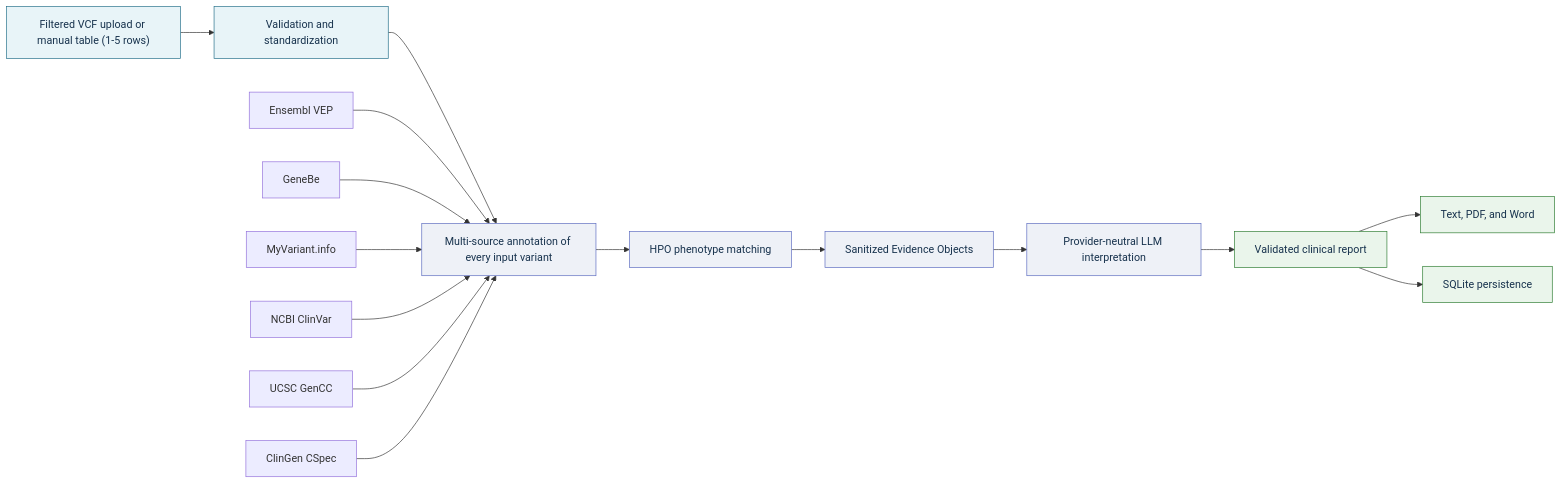
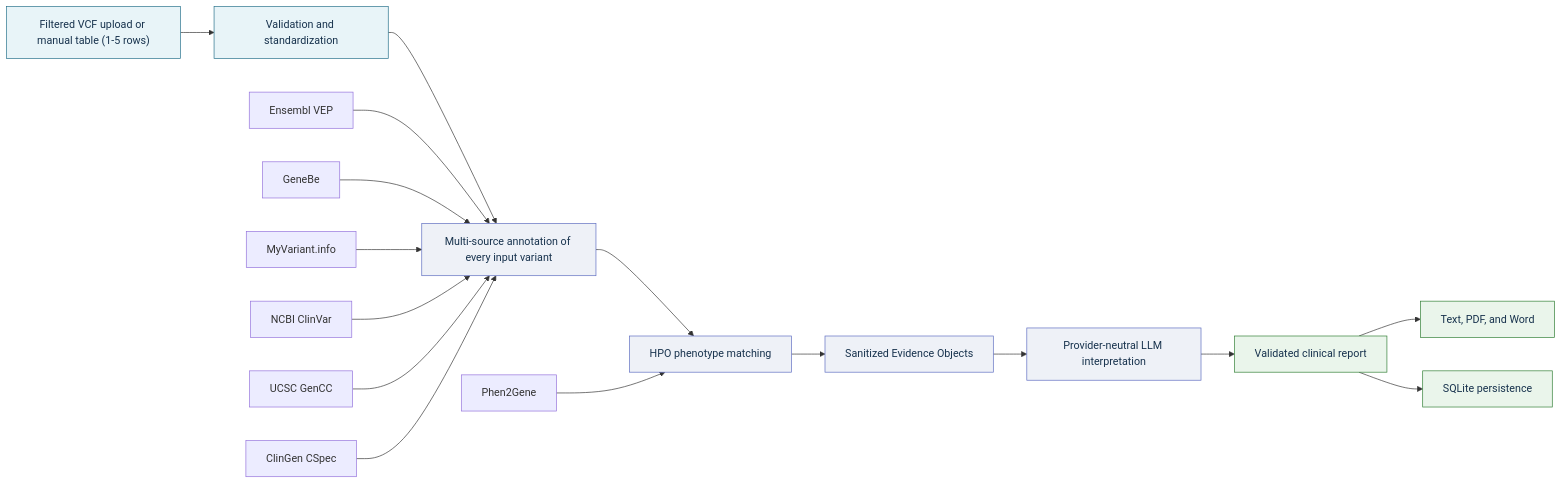
One commit to parhamKIY/CLINCAL_VARIANT_WEB_APPLICATION changed the diagram in README.md. Above: the diagram before and after it, drawn with Mermaid. The commit also changed other lines of this file and 18 other files, not shown here.

Commit message:
feat: complete Stage 27 Phen2Gene integration

````diff
--- a/README.md
+++ b/README.md
@@ -39,25 +39,26 @@
 ```mermaid
 flowchart LR
     A["Filtered VCF upload or manual table (1-5 rows)"] --> B["Validation and standardization"]
     B --> D["Multi-source annotation of every input variant"]
     D --> E["HPO phenotype matching"]
     E --> F["Sanitized Evidence Objects"]
     F --> G["Provider-neutral LLM interpretation"]
     G --> H["Validated clinical report"]
     H --> I["Text, PDF, and Word"]
     H --> J["SQLite persistence"]
 
     D1["Ensembl VEP"] --> D
     D2["GeneBe"] --> D
     D3["MyVariant.info"] --> D
     D4["NCBI ClinVar"] --> D
     D5["UCSC GenCC"] --> D
     D6["ClinGen CSpec"] --> D
+    E1["Phen2Gene"] --> E
 
     classDef input fill:#e8f4f8,stroke:#24708a,color:#17324d
     classDef evidence fill:#eef1f7,stroke:#5c6bc0,color:#17324d
     classDef output fill:#eaf5eb,stroke:#2e7d32,color:#17324d
     class A,B input
     class D,E,F,G evidence
     class H,I,J output
 ```
````
